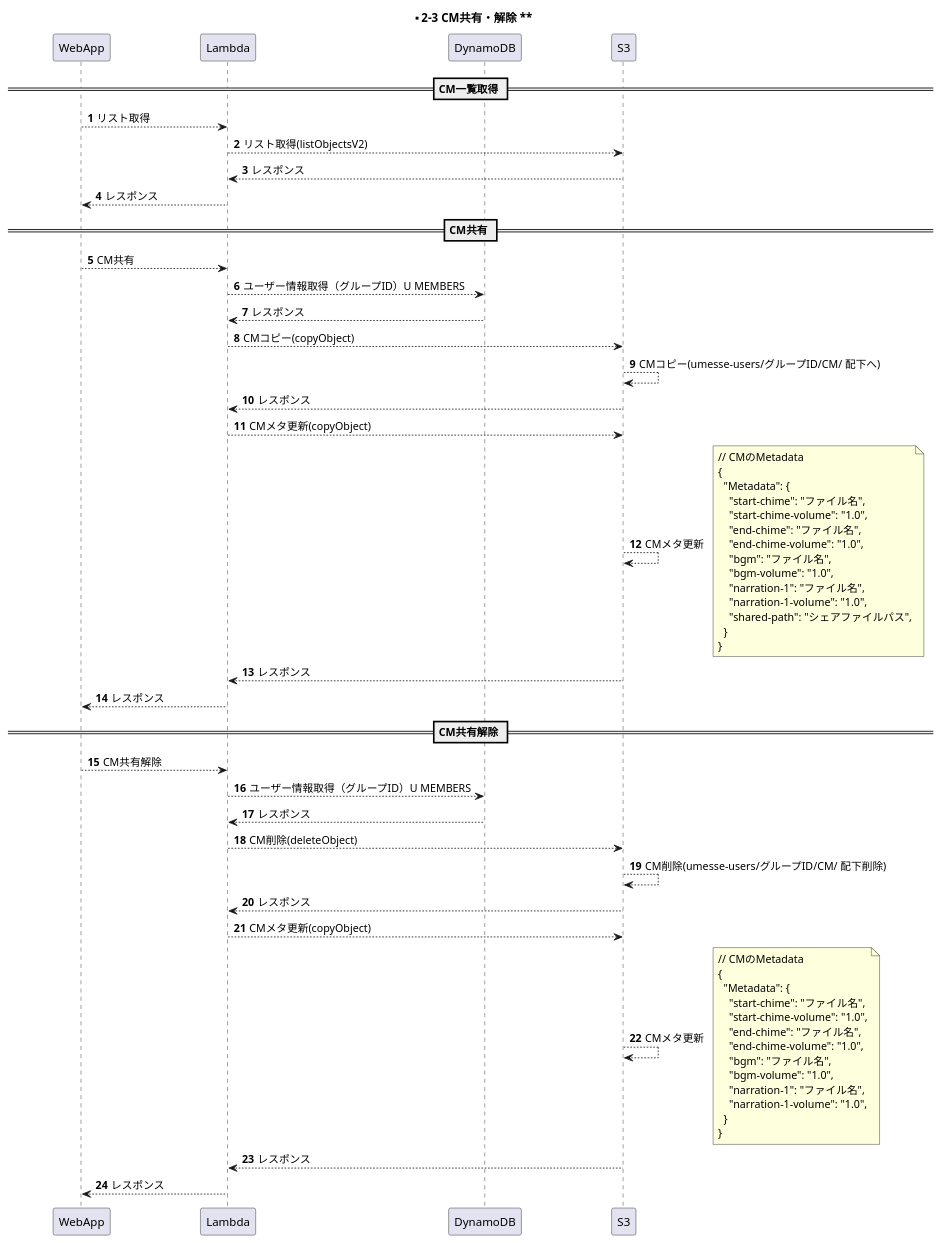
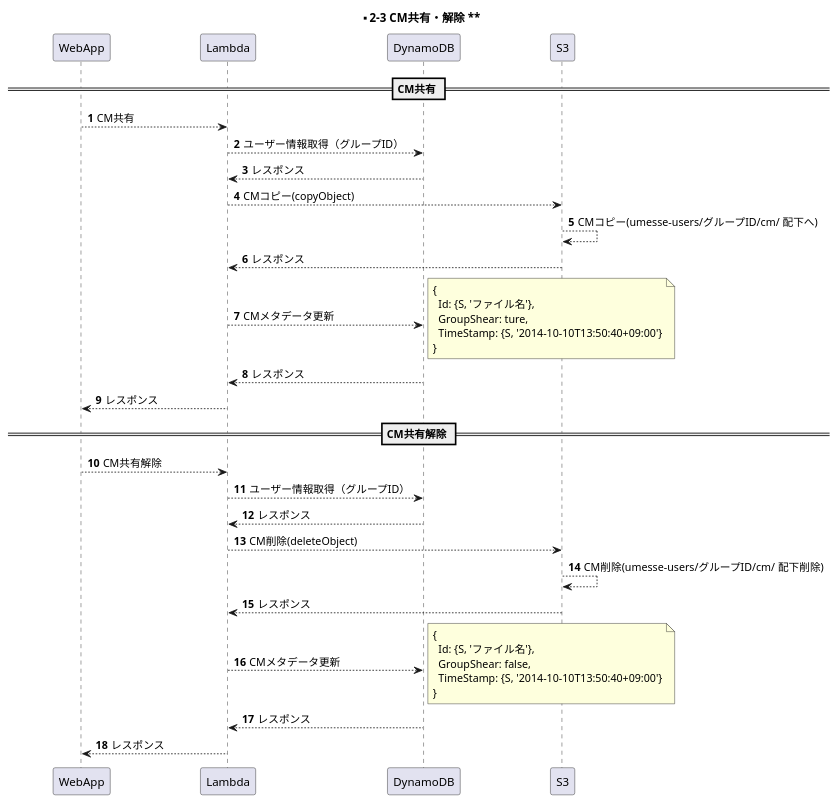
The diagram in documents/uml/s2-3.wsd (y-watanabe-usen/umesse-test), drawn with PlantUML before and after one commit. The commit also changed 9 other files, not shown here.

```diff
--- a/documents/uml/s2-3.wsd
+++ b/documents/uml/s2-3.wsd
@@ -1,73 +1,48 @@
 @startuml s2-3
 
 participant WebApp order 1
 participant Lambda order 2
 participant DynamoDB order 3
 participant S3 order 4
 skinparam ParticipantPadding 50
 autonumber
 
 title ** 2-3 CM共有・解除 **
 
-== CM一覧取得 ==
-WebApp --> Lambda: リスト取得
-Lambda --> S3: リスト取得(listObjectsV2)
-Lambda <-- S3: レスポンス
-WebApp <-- Lambda: レスポンス
-
 == CM共有 ==
 WebApp --> Lambda: CM共有
-Lambda --> DynamoDB: ユーザー情報取得（グループID）U MEMBERS
+Lambda --> DynamoDB: ユーザー情報取得（グループID）
 Lambda <-- DynamoDB: レスポンス
 Lambda --> S3: CMコピー(copyObject)
-S3 --> S3: CMコピー(umesse-users/グループID/CM/ 配下へ)
+S3 --> S3: CMコピー(umesse-users/グループID/cm/ 配下へ)
 Lambda <-- S3: レスポンス
-Lambda --> S3: CMメタ更新(copyObject)
-S3 --> S3: CMメタ更新
+Lambda --> DynamoDB: CMメタデータ更新
 note right
-// CMのMetadata
 {
-  "Metadata": {
-    "start-chime": "ファイル名",
-    "start-chime-volume": "1.0",
-    "end-chime": "ファイル名",
-    "end-chime-volume": "1.0",
-    "bgm": "ファイル名",
-    "bgm-volume": "1.0",
-    "narration-1": "ファイル名",
-    "narration-1-volume": "1.0",
-    "shared-path": "シェアファイルパス",
-  }
+  Id: {S, 'ファイル名'},
+  GroupShear: ture,
+  TimeStamp: {S, '2014-10-10T13:50:40+09:00'}
 }
 end note
-Lambda <-- S3: レスポンス
+Lambda <-- DynamoDB: レスポンス
 WebApp <-- Lambda: レスポンス
 
 == CM共有解除 ==
 WebApp --> Lambda: CM共有解除
-Lambda --> DynamoDB: ユーザー情報取得（グループID）U MEMBERS
+Lambda --> DynamoDB: ユーザー情報取得（グループID）
 Lambda <-- DynamoDB: レスポンス
 Lambda --> S3: CM削除(deleteObject)
-S3 --> S3: CM削除(umesse-users/グループID/CM/ 配下削除)
+S3 --> S3: CM削除(umesse-users/グループID/cm/ 配下削除)
 Lambda <-- S3: レスポンス
-Lambda --> S3: CMメタ更新(copyObject)
-S3 --> S3: CMメタ更新
+Lambda --> DynamoDB: CMメタデータ更新
 note right
-// CMのMetadata
 {
-  "Metadata": {
-    "start-chime": "ファイル名",
-    "start-chime-volume": "1.0",
-    "end-chime": "ファイル名",
-    "end-chime-volume": "1.0",
-    "bgm": "ファイル名",
-    "bgm-volume": "1.0",
-    "narration-1": "ファイル名",
-    "narration-1-volume": "1.0",
-  }
+  Id: {S, 'ファイル名'},
+  GroupShear: false,
+  TimeStamp: {S, '2014-10-10T13:50:40+09:00'}
 }
 end note
-Lambda <-- S3: レスポンス
+Lambda <-- DynamoDB: レスポンス
 WebApp <-- Lambda: レスポンス
 
 @enduml
```
